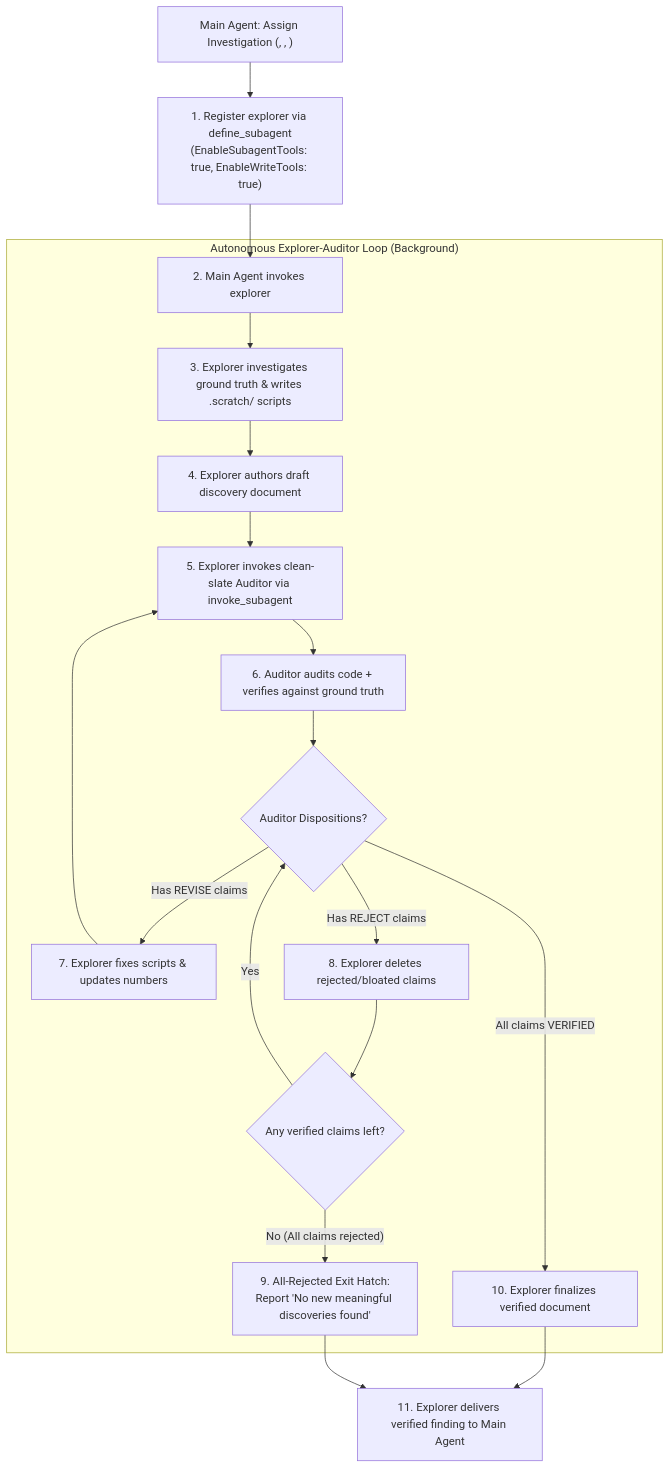
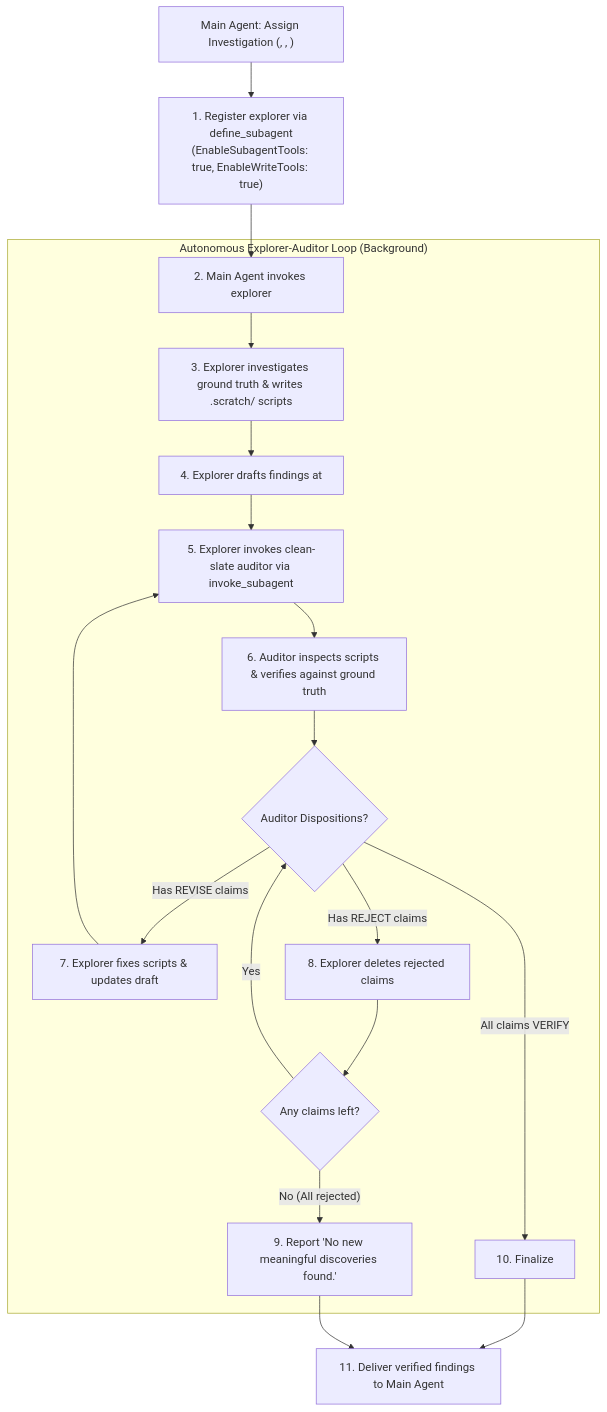
Before and after one commit to loerei/myskills: the diagram in engineering/empirical-discovery-loop/SKILL.md, drawn with Mermaid. The commit also changed other lines of this file, not shown here.

Commit message:
docs(empirical-discovery-loop): convert disposition table to 2-col and deduplicate track rules

````diff
--- a/engineering/empirical-discovery-loop/SKILL.md
+++ b/engineering/empirical-discovery-loop/SKILL.md
@@ -31,23 +28,23 @@
 ```mermaid
 flowchart TD
     Start["Main Agent: Assign Investigation (<objective>, <known_baseline>, <target_scope>)"] --> Register["1. Register explorer via define_subagent<br/>(EnableSubagentTools: true, EnableWriteTools: true)"]
     Register --> SpawnExplorer["2. Main Agent invokes explorer"]
     
     subgraph LOOP["Autonomous Explorer-Auditor Loop (Background)"]
         SpawnExplorer --> Explore["3. Explorer investigates ground truth & writes .scratch/ scripts"]
-        Explore --> Draft["4. Explorer authors draft discovery document"]
-        Draft --> SpawnAuditor["5. Explorer invokes clean-slate Auditor via invoke_subagent"]
-        SpawnAuditor --> AuditExec["6. Auditor audits code + verifies against ground truth"]
+        Explore --> Draft["4. Explorer drafts findings at <target_doc_path>"]
+        Draft --> SpawnAuditor["5. Explorer invokes clean-slate auditor via invoke_subagent"]
+        SpawnAuditor --> AuditExec["6. Auditor inspects scripts & verifies against ground truth"]
         AuditExec --> AuditVerdict{"Auditor Dispositions?"}
         
-        AuditVerdict -->|"Has REVISE claims"| Amend["7. Explorer fixes scripts & updates numbers"] --> SpawnAuditor
-        AuditVerdict -->|"Has REJECT claims"| Prune["8. Explorer deletes rejected/bloated claims"] --> CheckRemaining{"Any verified claims left?"}
+        AuditVerdict -->|"Has REVISE claims"| Amend["7. Explorer fixes scripts & updates draft"] --> SpawnAuditor
+        AuditVerdict -->|"Has REJECT claims"| Prune["8. Explorer deletes rejected claims"] --> CheckRemaining{"Any claims left?"}
         
         CheckRemaining -->|"Yes"| AuditVerdict
-        CheckRemaining -->|"No (All claims rejected)"| EmptyReport["9. All-Rejected Exit Hatch:<br/>Report 'No new meaningful discoveries found'"]
-        AuditVerdict -->|"All claims VERIFIED"| FinalDoc["10. Explorer finalizes verified document"]
+        CheckRemaining -->|"No (All rejected)"| EmptyReport["9. Report 'No new meaningful discoveries found.'"]
+        AuditVerdict -->|"All claims VERIFY"| FinalDoc["10. Finalize <target_doc_path>"]
     end
     
-    FinalDoc --> ReportMain["11. Explorer delivers verified finding to Main Agent"]
+    FinalDoc --> ReportMain["11. Deliver verified findings to Main Agent"]
     EmptyReport --> ReportMain
 ```
````
